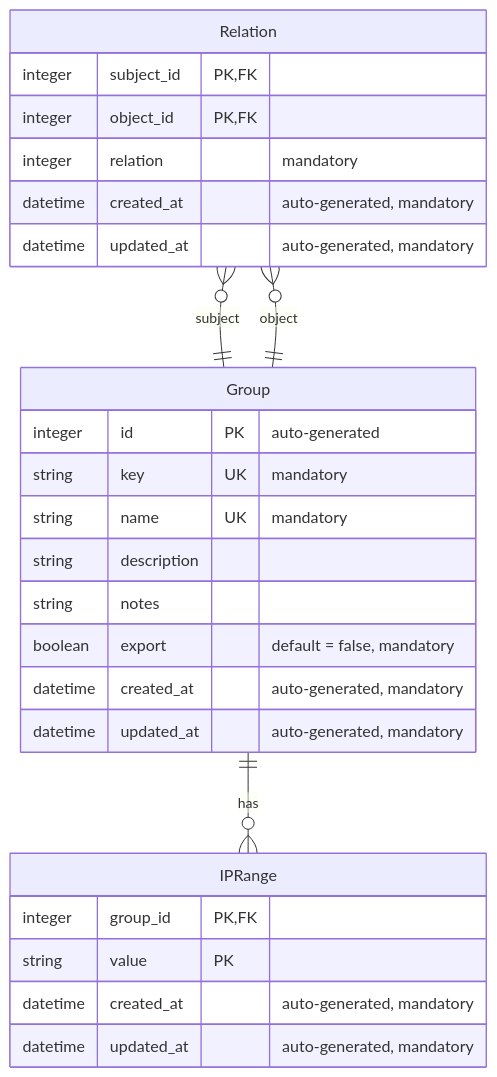
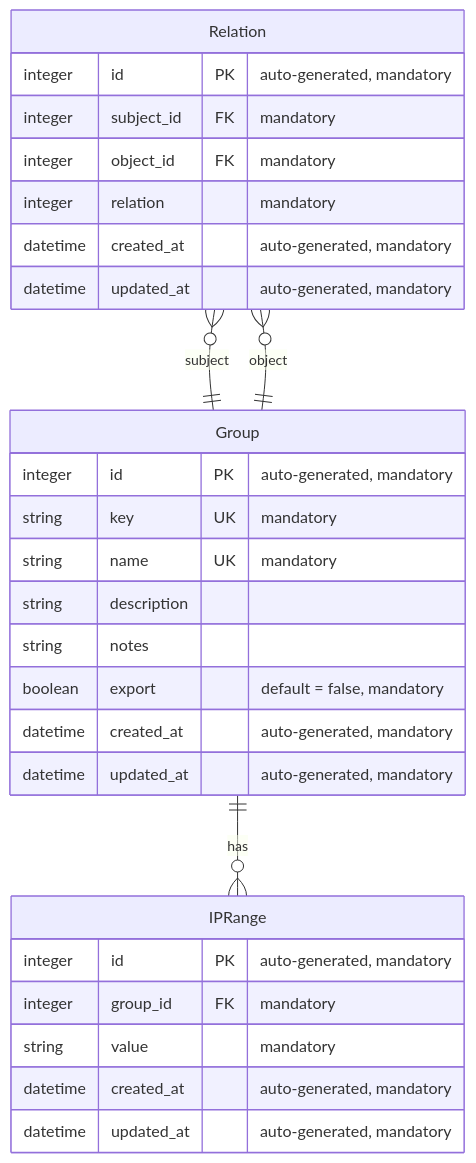
One commit to umd-lib/ipmanager-django changed the diagram in docs/rails-model.md. Above: the diagram before and after it, drawn with Mermaid.

Commit message:
LIBITD-2529. Updated rails ERDiagram to be more accurate
Realized that rails automatically generated ids which are the primary keys.

https://umd-dit.atlassian.net/browse/LIBITD-2529

````diff
--- a/docs/rails-model.md
+++ b/docs/rails-model.md
@@ -3,33 +3,35 @@
 ```mermaid
     erDiagram
     Group ||--o{ IPRange : has
     Relation o{--|| Group : subject
     Relation o{--|| Group : object
 
     Group {
-        integer id PK "auto-generated"
+        integer id PK "auto-generated, mandatory"
         string key UK "mandatory"
         string name UK "mandatory"
         string description
         string notes
         boolean export "default = false, mandatory" 
         datetime created_at "auto-generated, mandatory"
         datetime updated_at "auto-generated, mandatory"
     }
 
     IPRange {
-        integer group_id PK,FK 
-        string value PK
+        integer id PK "auto-generated, mandatory"
+        integer group_id FK "mandatory"
+        string value "mandatory"
         datetime created_at "auto-generated, mandatory"
         datetime updated_at "auto-generated, mandatory"
     }
 
     Relation {
-        integer subject_id PK, FK
-        integer object_id PK, FK
+        integer id PK "auto-generated, mandatory"
+        integer subject_id FK "mandatory"
+        integer object_id FK "mandatory"
         integer relation "mandatory"
         datetime created_at "auto-generated, mandatory"
         datetime updated_at "auto-generated, mandatory"
     }
     
 ```
````
